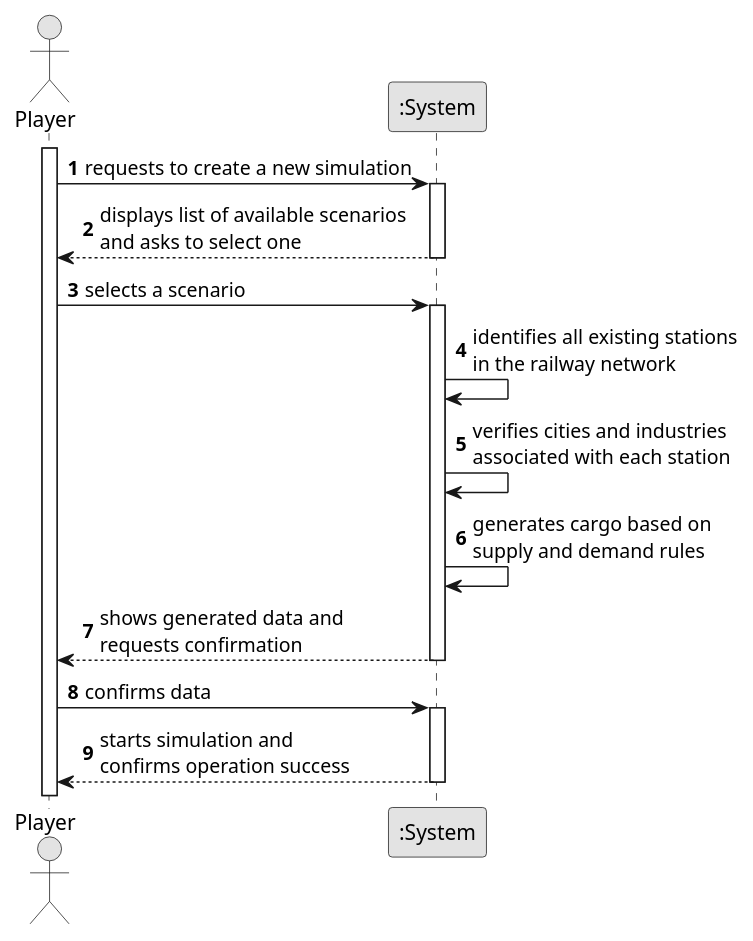
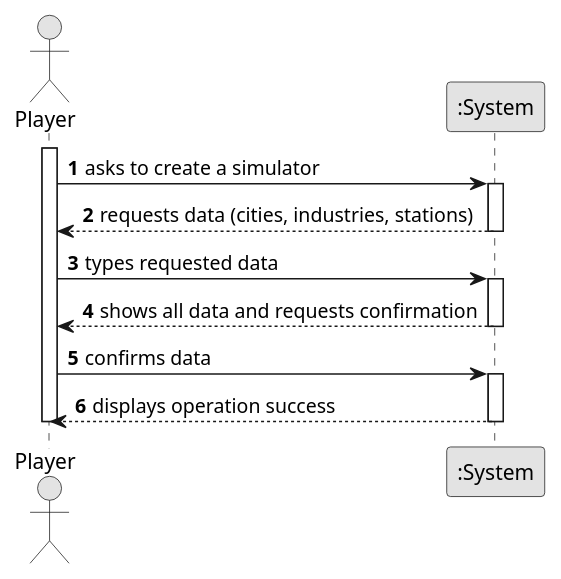
One commit to Educ00/mdisc-2425 changed the diagram in docs/system-documentation/sprint 1/US12/01.requirements-engineering/puml/US012-SSD.puml. Above: the diagram before and after it, drawn with PlantUML. The commit also changed 1 other file, not shown here.

```diff
--- a/docs/system-documentation/sprint 1/US12/01.requirements-engineering/puml/US012-SSD.puml
+++ b/docs/system-documentation/sprint 1/US12/01.requirements-engineering/puml/US012-SSD.puml
@@ -1,34 +1,32 @@
 @startuml
 skinparam monochrome true
 skinparam packageStyle rectangle
 skinparam shadowing false
 
 autonumber
 
-actor "Player" as Employee
+actor "Player" as PO
 participant ":System" as System
 
-activate Employee
+activate PO
 
-    Employee -> System : requests to create a new simulation
+    PO -> System : asks to create a simulator
     activate System
 
-        System --> Employee : displays list of available scenarios\nand asks to select one
+        System --> PO : requests data (cities, industries, stations)
     deactivate System
 
-    Employee -> System : selects a scenario
+    PO -> System : types requested data
     activate System
 
-        System -> System : identifies all existing stations\nin the railway network
-        System -> System : verifies cities and industries\nassociated with each station
-        System -> System : generates cargo based on\nsupply and demand rules
-        System --> Employee : shows generated data and\nrequests confirmation
+        System --> PO : shows all data and requests confirmation
     deactivate System
 
-    Employee -> System : confirms data
+    PO -> System : confirms data
     activate System
 
-        System --> Employee : starts simulation and\nconfirms operation success
+        System --> PO : displays operation success
     deactivate System
+deactivate PO
 
 @enduml
```
